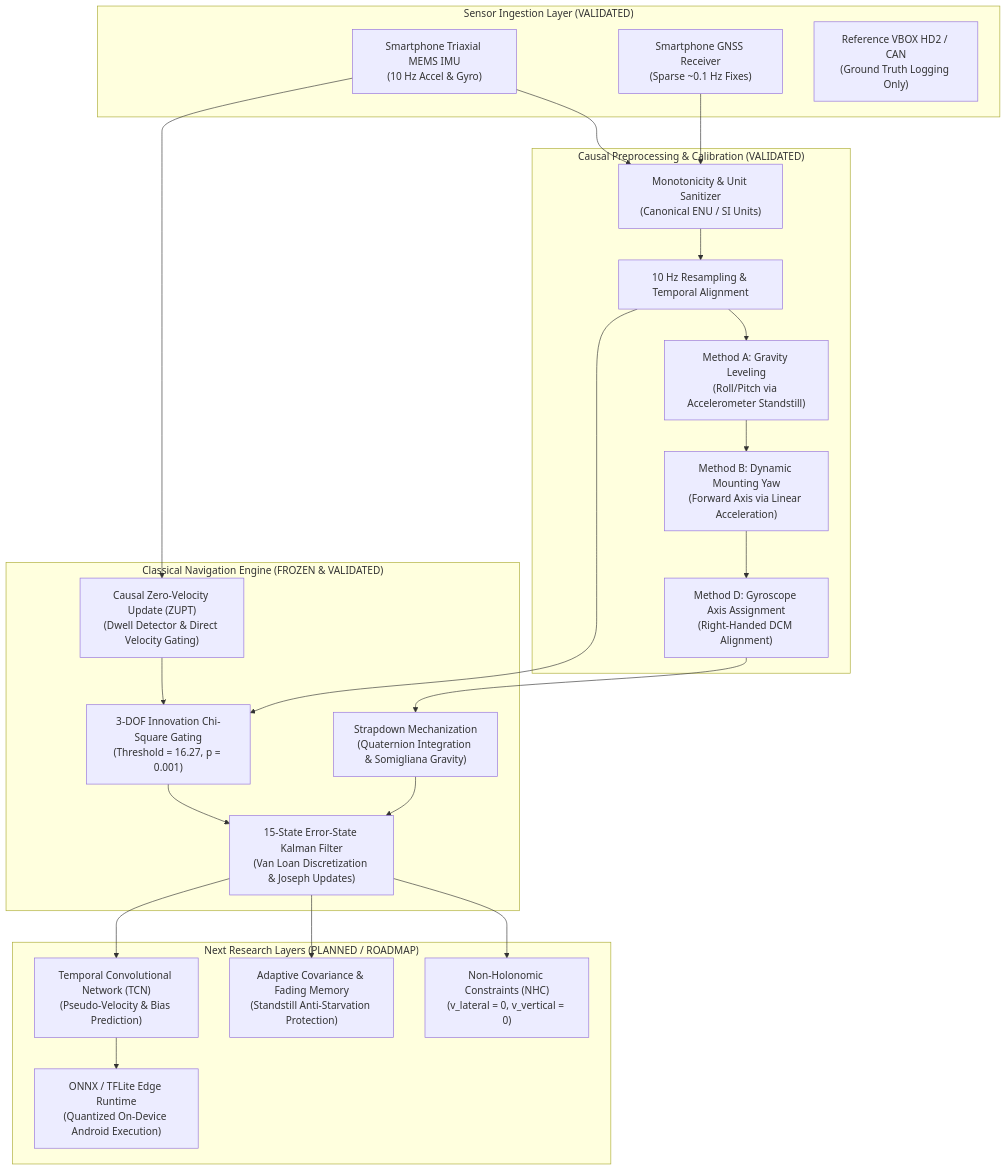
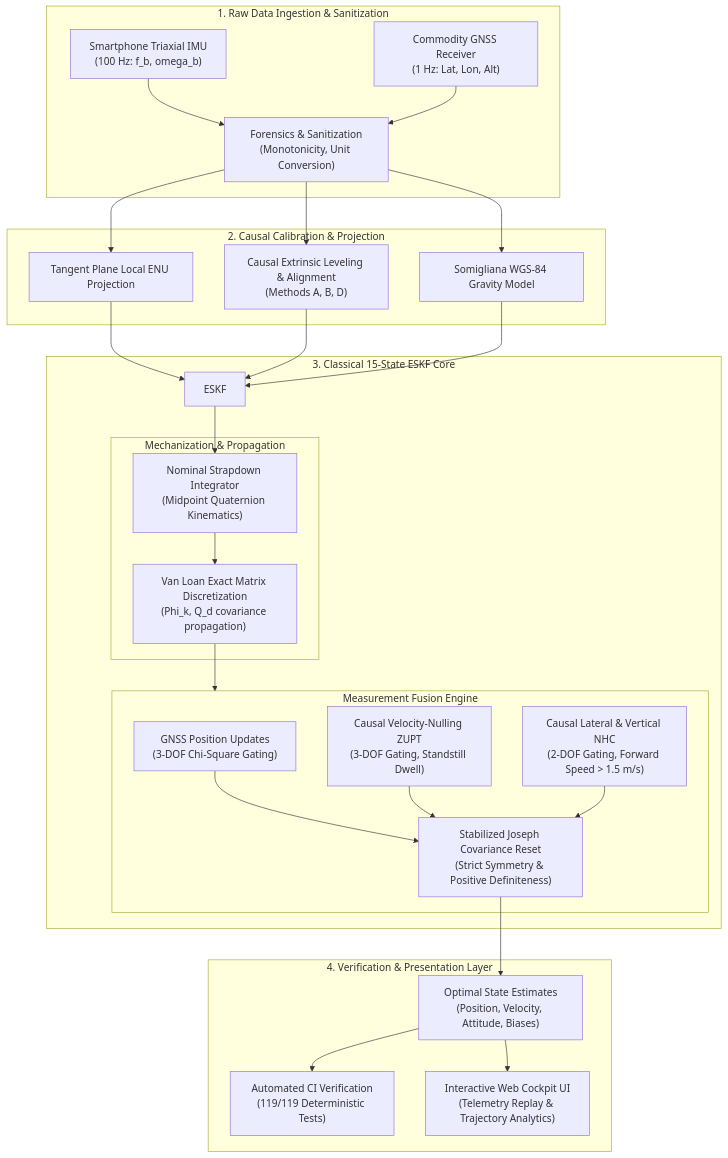
The second of 5 diagrams in REPORT.md (the-jaypatel/NAVRIS), drawn with Mermaid before and after one commit. The commit also changed other lines of this file and 36 other files, not shown here.

````diff
--- a/REPORT.md
+++ b/REPORT.md
@@ -164,43 +167,44 @@
 ```mermaid
 flowchart TD
-    subgraph SENSORS ["Sensor Ingestion Layer (VALIDATED)"]
-        RawIMU["Smartphone Triaxial MEMS IMU<br/>(10 Hz Accel & Gyro)"]
-        RawGNSS["Smartphone GNSS Receiver<br/>(Sparse ~0.1 Hz Fixes)"]
-        VBOX["Reference VBOX HD2 / CAN<br/>(Ground Truth Logging Only)"]
+    subgraph Sensing ["1. Raw Data Ingestion & Sanitization"]
+        RawIMU["Smartphone Triaxial IMU<br/>(100 Hz: f_b, omega_b)"]
+        RawGNSS["Commodity GNSS Receiver<br/>(1 Hz: Lat, Lon, Alt)"]
+        Forensic["Forensics & Sanitization<br/>(Monotonicity, Unit Conversion)"]
+        RawIMU --> Forensic
+        RawGNSS --> Forensic
     end
 
-    subgraph PREPROC ["Causal Preprocessing & Calibration (VALIDATED)"]
-        Sanitize["Monotonicity & Unit Sanitizer<br/>(Canonical ENU / SI Units)"]
-        Sync["10 Hz Resampling & Temporal Alignment"]
-        MethodA["Method A: Gravity Leveling<br/>(Roll/Pitch via Accelerometer Standstill)"]
-        MethodB["Method B: Dynamic Mounting Yaw<br/>(Forward Axis via Linear Acceleration)"]
-        MethodD["Method D: Gyroscope Axis Assignment<br/>(Right-Handed DCM Alignment)"]
+    subgraph Calib ["2. Causal Calibration & Projection"]
+        Forensic --> Gravity["Somigliana WGS-84 Gravity Model"]
+        Forensic --> Coords["Tangent Plane Local ENU Projection"]
+        Forensic --> Extrinsic["Causal Extrinsic Leveling & Alignment<br/>(Methods A, B, D)"]
     end
 
-    subgraph CORE ["Classical Navigation Engine (FROZEN & VALIDATED)"]
-        Mechanization["Strapdown Mechanization<br/>(Quaternion Integration & Somigliana Gravity)"]
-        ESKF["15-State Error-State Kalman Filter<br/>(Van Loan Discretization & Joseph Updates)"]
-        ZUPT["Causal Zero-Velocity Update (ZUPT)<br/>(Dwell Detector & Direct Velocity Gating)"]
-        Gating["3-DOF Innovation Chi-Square Gating<br/>(Threshold = 16.27, p = 0.001)"]
+    subgraph Filter ["3. Classical 15-State ESKF Core"]
+        Coords --> ESKF
+        Extrinsic --> ESKF
+        Gravity --> ESKF
+        subgraph Strapdown ["Mechanization & Propagation"]
+            Mech["Nominal Strapdown Integrator<br/>(Midpoint Quaternion Kinematics)"]
+            CovProp["Van Loan Exact Matrix Discretization<br/>(Phi_k, Q_d covariance propagation)"]
+        end
+        subgraph Updates ["Measurement Fusion Engine"]
+            GNSSFuse["GNSS Position Updates<br/>(3-DOF Chi-Square Gating)"]
+            ZUPTFuse["Causal Velocity-Nulling ZUPT<br/>(3-DOF Gating, Standstill Dwell)"]
+            NHCFuse["Causal Lateral & Vertical NHC<br/>(2-DOF Gating, Forward Speed > 1.5 m/s)"]
+            Joseph["Stabilized Joseph Covariance Reset<br/>(Strict Symmetry & Positive Definiteness)"]
+        end
+        ESKF --> Mech
+        Mech --> CovProp
+        CovProp --> Updates
+        GNSSFuse --> Joseph
+        ZUPTFuse --> Joseph
+        NHCFuse --> Joseph
     end
 
-    subgraph FUTURE ["Next Research Layers (PLANNED / ROADMAP)"]
-        NHC["Non-Holonomic Constraints (NHC)<br/>(v_lateral = 0, v_vertical = 0)"]
-        AdaptiveGating["Adaptive Covariance & Fading Memory<br/>(Standstill Anti-Starvation Protection)"]
-        TCN["Temporal Convolutional Network (TCN)<br/>(Pseudo-Velocity & Bias Prediction)"]
-        EdgeDeploy["ONNX / TFLite Edge Runtime<br/>(Quantized On-Device Android Execution)"]
+    subgraph Presentation ["4. Verification & Presentation Layer"]
+        Joseph --> States["Optimal State Estimates<br/>(Position, Velocity, Attitude, Biases)"]
+        States --> TestSuite["Automated CI Verification<br/>(119/119 Deterministic Tests)"]
+        States --> Cockpit["Interactive Web Cockpit UI<br/>(Telemetry Replay & Trajectory Analytics)"]
     end
-
-    RawIMU --> Sanitize
-    RawGNSS --> Sanitize
-    Sanitize --> Sync
-    Sync --> MethodA --> MethodB --> MethodD
-    MethodD --> Mechanization
-    Mechanization --> ESKF
-    Sync --> Gating --> ESKF
-    RawIMU --> ZUPT --> Gating
-    ESKF --> NHC
-    ESKF --> AdaptiveGating
-    ESKF --> TCN
-    TCN --> EdgeDeploy
 ```
````
